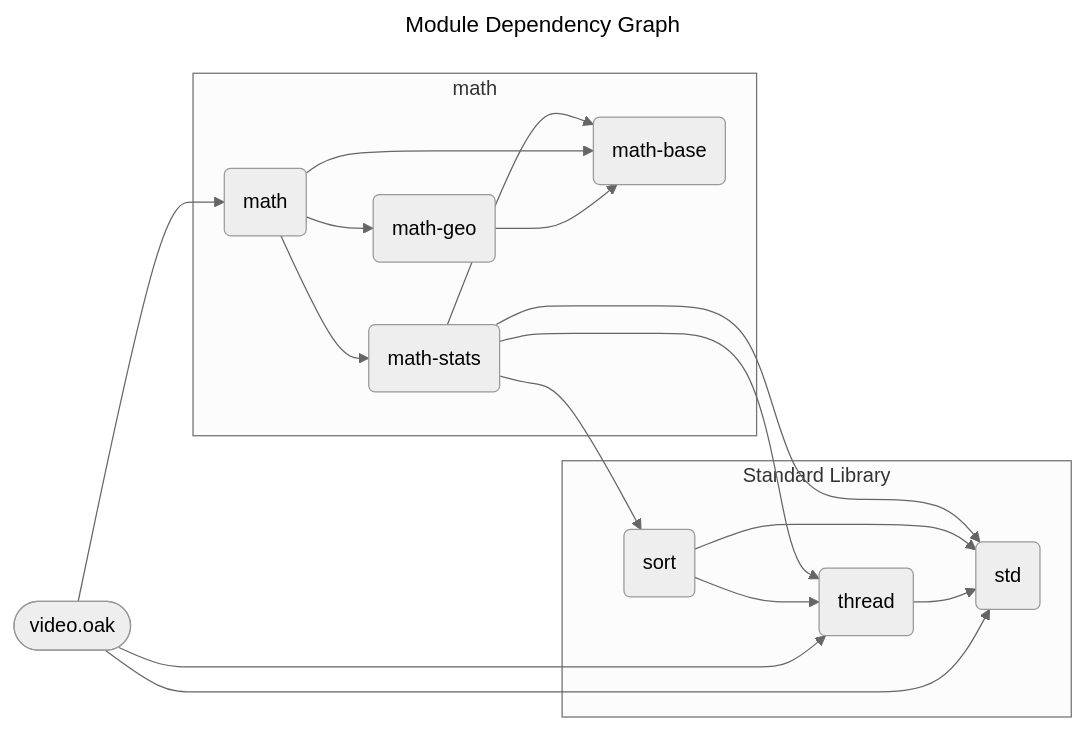
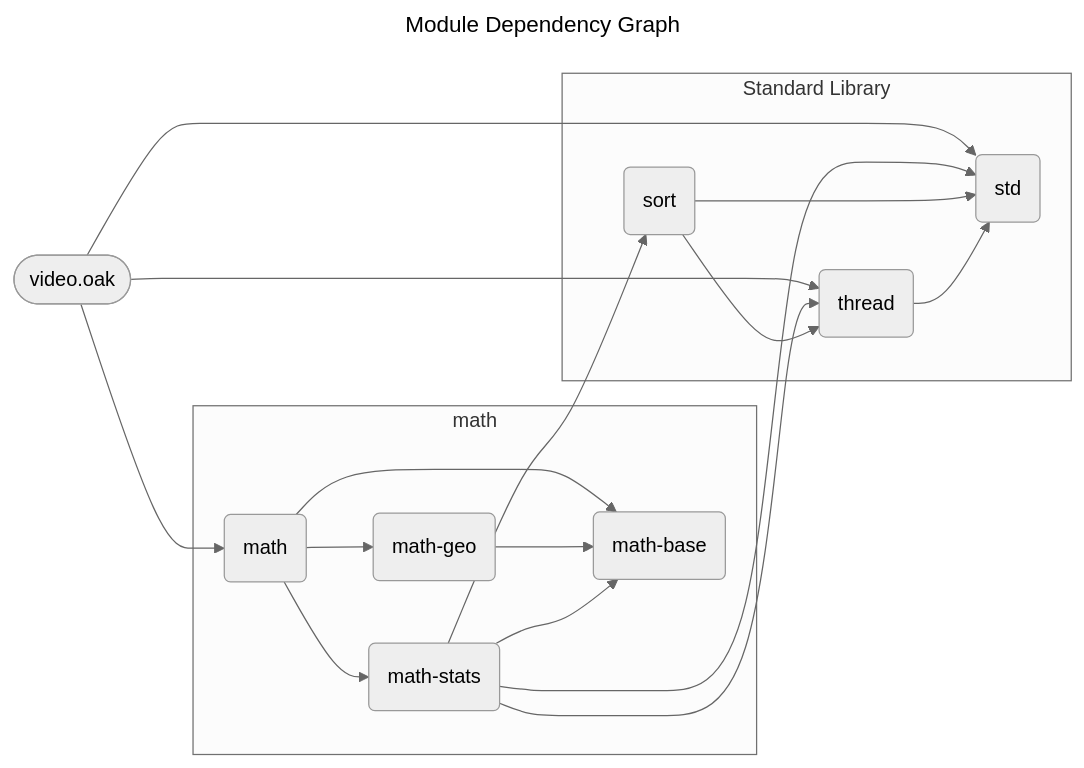
The diagram in docs/spec/video.mmd (SpcFORK/magnolia), drawn with Mermaid (neutral theme) before and after one commit. The commit also changed other lines of this file and 127 other files, not shown here.

First line of the commit message:
Refactor module dependency graphs across various specifications

```diff
--- a/docs/spec/video.mmd
+++ b/docs/spec/video.mmd
@@ -1,30 +1,30 @@
 ---
 title: Module Dependency Graph
 ---
 flowchart LR
     lib_video_oak(["video.oak"])
     subgraph stdlib_math ["math"]
-        math_stats("math-stats")
         math("math")
         math_base("math-base")
         math_geo("math-geo")
+        math_stats("math-stats")
     end
     subgraph stdlib_core ["Standard Library"]
+        std("std")
         sort("sort")
         thread("thread")
-        std("std")
     end
+    lib_video_oak --> std
+    lib_video_oak --> math
+    lib_video_oak --> thread
+    math --> math_base
+    math --> math_geo
+    math --> math_stats
+    math_geo --> math_base
     math_stats --> std
     math_stats --> sort
     math_stats --> math_base
     math_stats --> thread
     sort --> std
     sort --> thread
     thread --> std
-    lib_video_oak --> std
-    lib_video_oak --> math
-    lib_video_oak --> thread
-    math --> math_base
-    math --> math_geo
-    math --> math_stats
-    math_geo --> math_base
```
